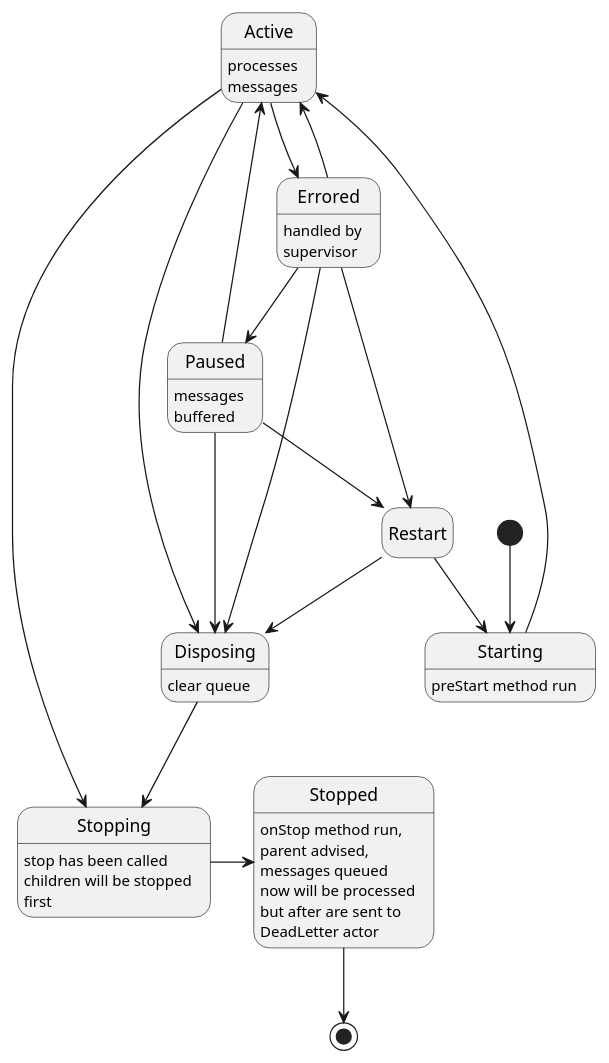
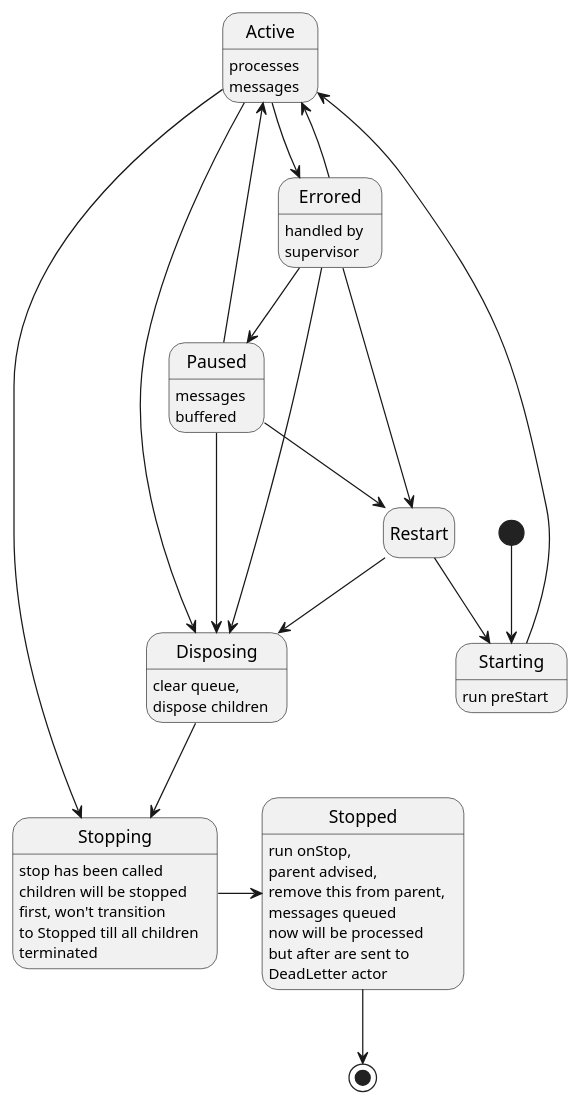
Before and after one commit to davidmoten/reels: the diagram in src/main/plantuml/state-diagram.puml, drawn with PlantUML. The commit also changed 1 other file, not shown here.

```diff
--- a/src/main/plantuml/state-diagram.puml
+++ b/src/main/plantuml/state-diagram.puml
@@ -1,29 +1,29 @@
 @startuml
 hide empty description
 [*] --> Starting 
 Starting --> Active
 Active --> Stopping
 Stopping -> Stopped
 Active --> Disposing
 Disposing --> Stopping
 Paused --> Restart
 Paused --> Active
 Restart --> Starting
 Paused --> Disposing
 Stopped --> [*]
 Active --> Errored
 Errored --> Active
 Errored --> Disposing
 Errored --> Restart
 Errored --> Paused
 Restart --> Disposing
 
 Active: processes\nmessages
-Stopping: stop has been called\nchildren will be stopped\nfirst
-Stopped: onStop method run,\nparent advised,\nmessages queued\nnow will be processed\nbut after are sent to\nDeadLetter actor
+Stopping: stop has been called\nchildren will be stopped\nfirst, won't transition\nto Stopped till all children\nterminated
+Stopped: run onStop,\nparent advised,\nremove this from parent,\nmessages queued\nnow will be processed\nbut after are sent to\nDeadLetter actor
 Paused: messages\nbuffered
 Errored: handled by\nsupervisor
-Starting: preStart method run
-Disposing: clear queue
+Starting: run preStart
+Disposing: clear queue,\ndispose children
 
 @enduml
```
